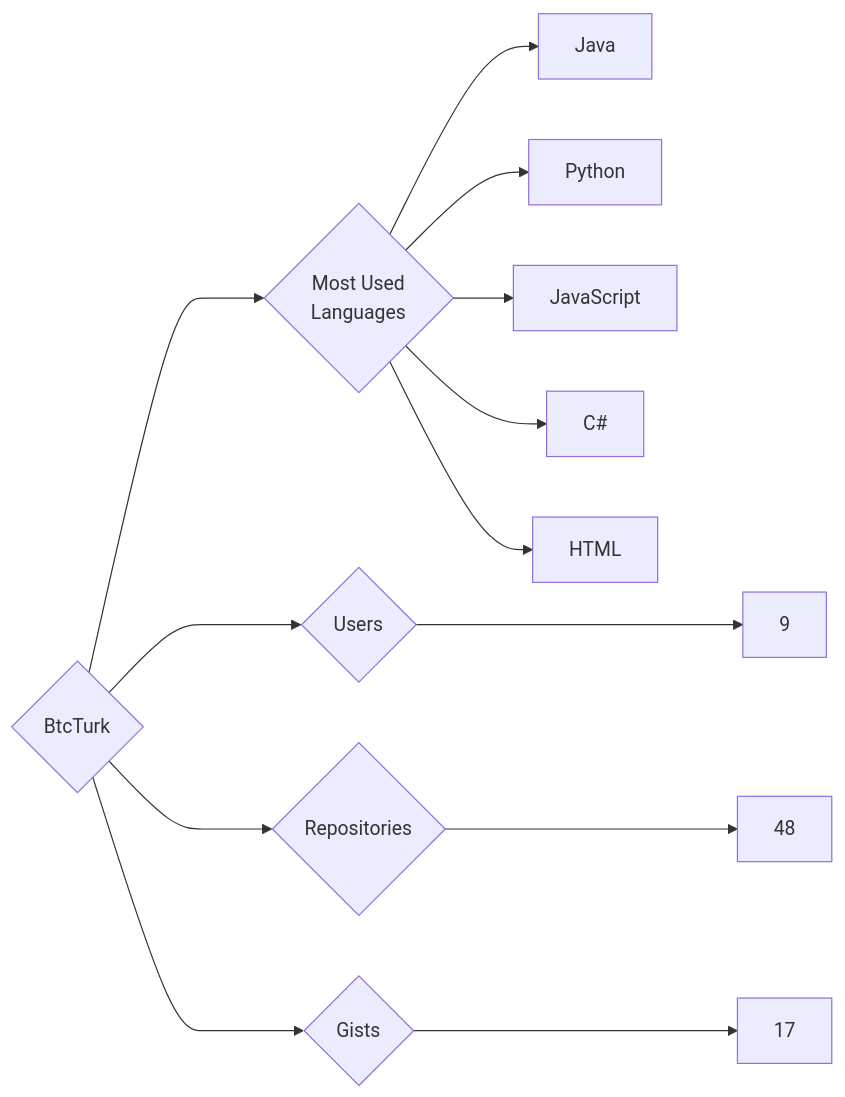
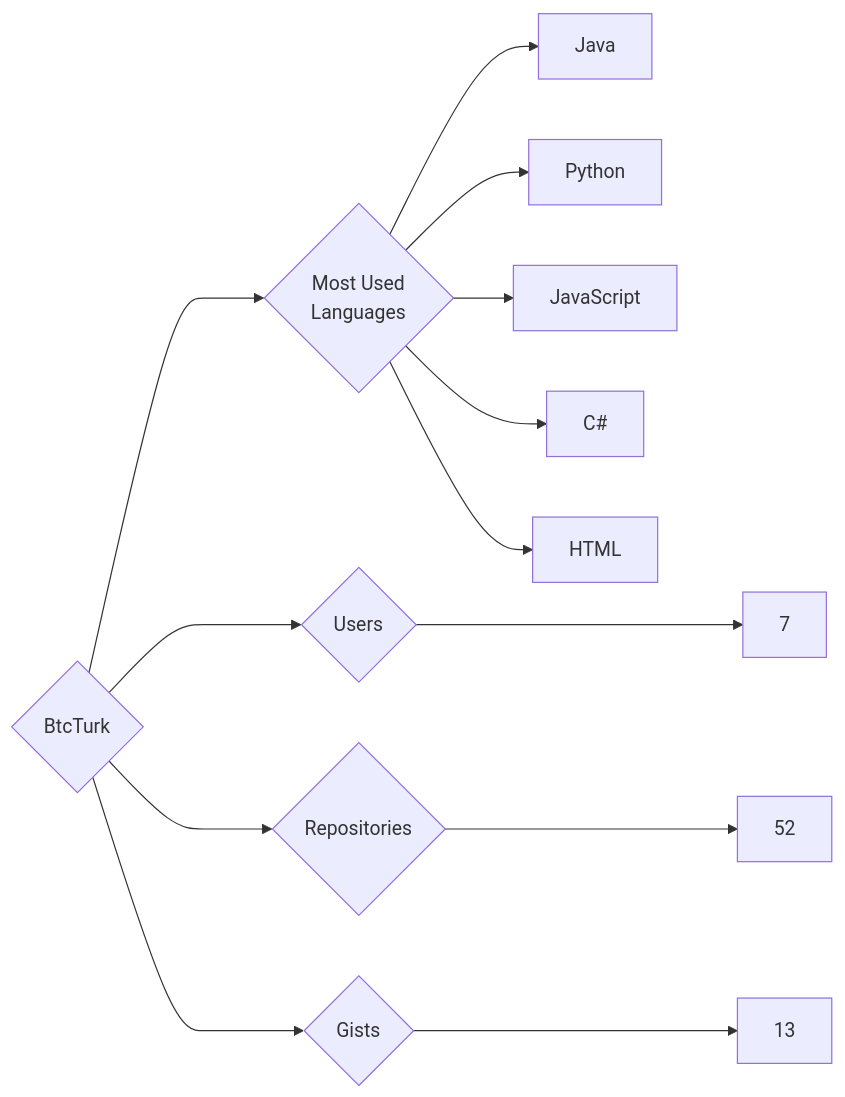
The diagram in targets/BtcTurk/README.md (trickest/insiders), drawn with Mermaid before and after one commit. The commit also changed 1089 other files, not shown here.

````diff
--- a/targets/BtcTurk/README.md
+++ b/targets/BtcTurk/README.md
@@ -3,13 +3,13 @@
 ```mermaid
 graph LR
 COMPANY_NAME{BtcTurk}
-COMPANY_NAME ---> U{Users} ---> UN[9]
-COMPANY_NAME ---> R{Repositories} ---> RN[48]
-COMPANY_NAME ---> G{Gists} ---> GN[17]
+COMPANY_NAME ---> U{Users} ---> UN[7]
+COMPANY_NAME ---> R{Repositories} ---> RN[52]
+COMPANY_NAME ---> G{Gists} ---> GN[13]
 COMPANY_NAME ---> ML{Most Used<br>Languages}
 ML --> Java[Java]
 ML --> Python[Python]
 ML --> JavaScript[JavaScript]
 ML --> C#[C#]
 ML --> HTML[HTML]
 ```
````
